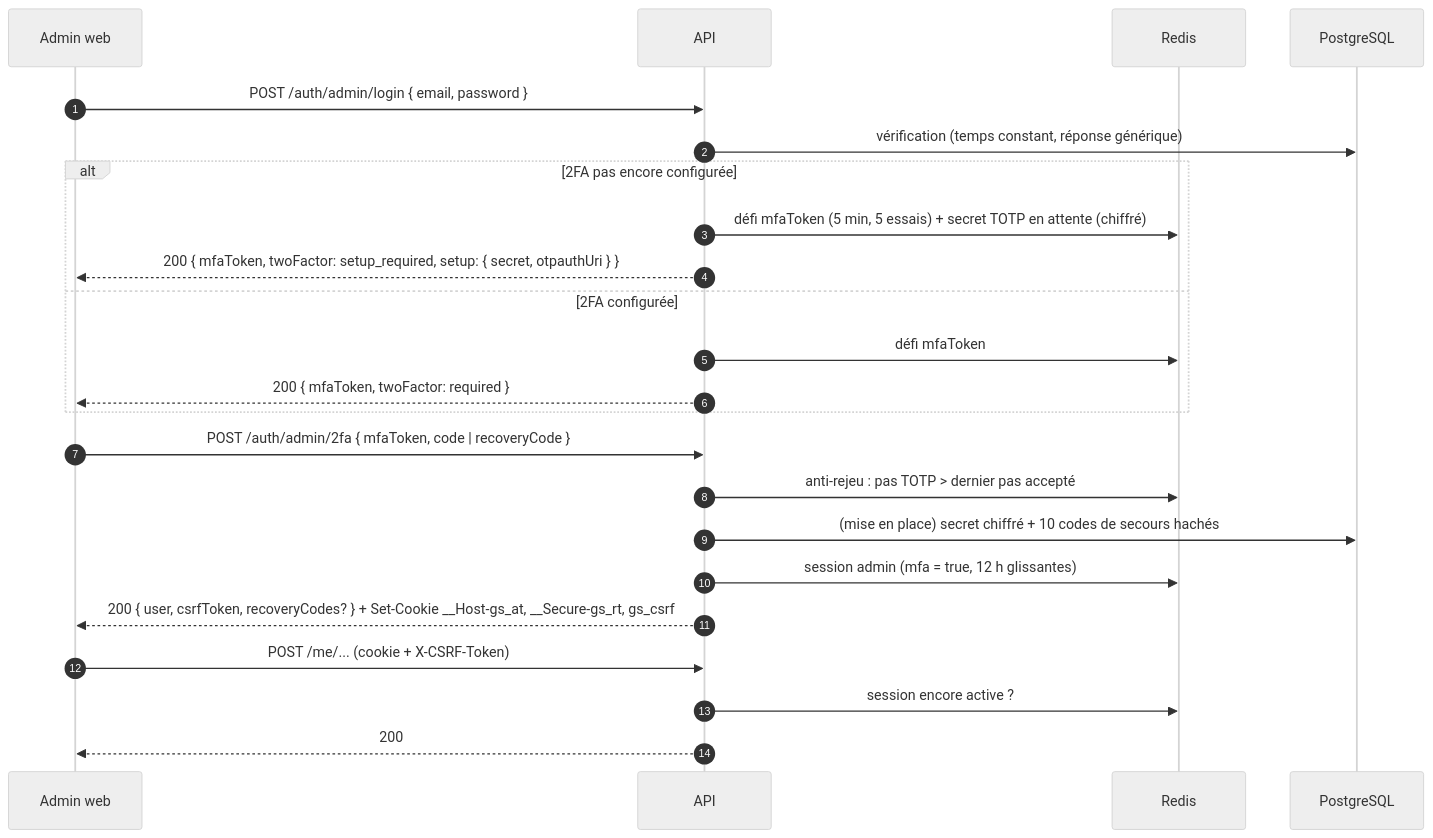
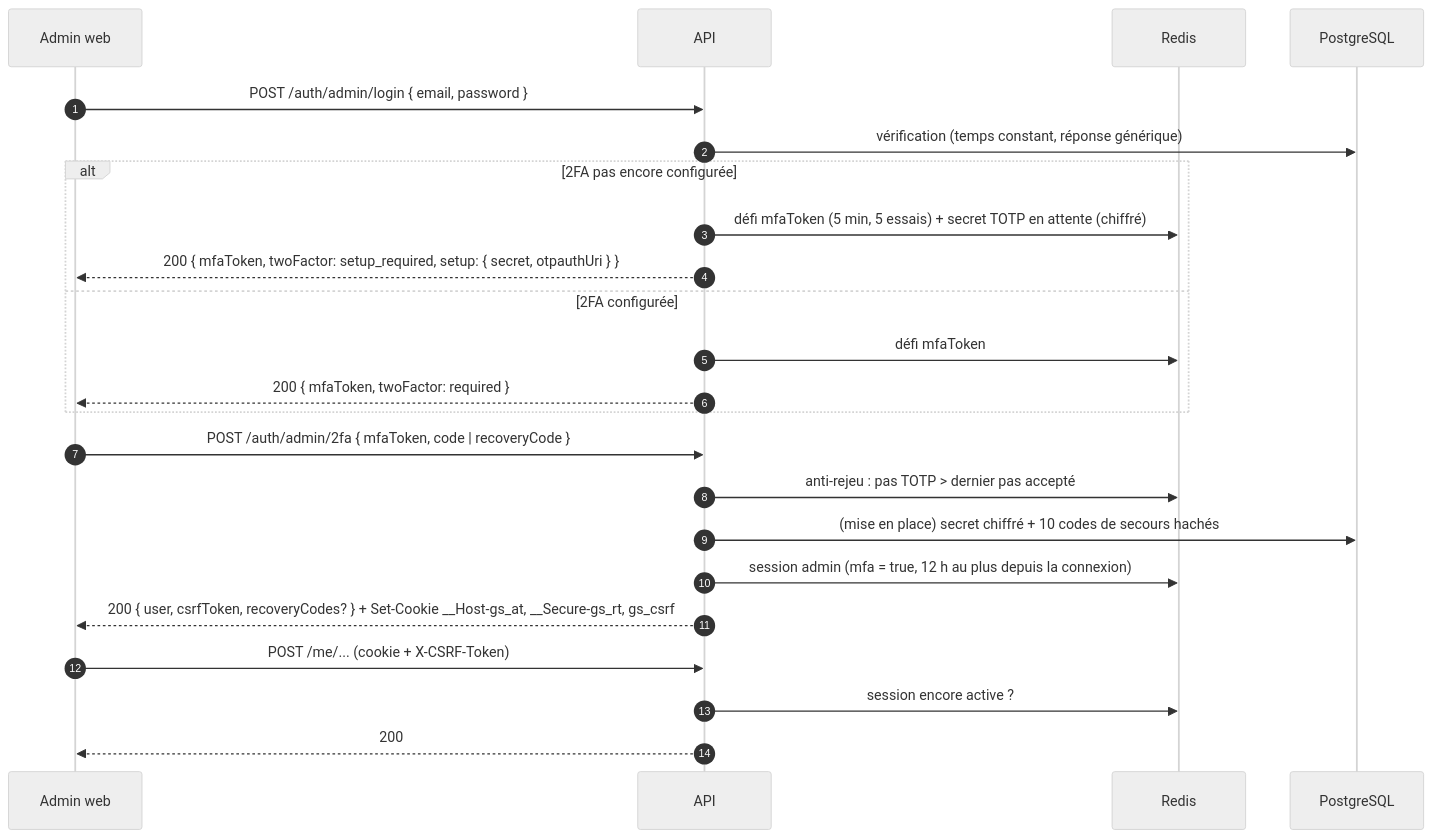
One commit to Hen17Ry/gostation changed the fifth of 5 diagrams in docs/ARCHITECTURE.md. Above: the diagram before and after it, drawn with Mermaid (neutral theme). The commit also changed other lines of this file and 5 other files, not shown here.

````diff
--- a/docs/ARCHITECTURE.md
+++ b/docs/ARCHITECTURE.md
@@ -1099,25 +1099,25 @@
 ```mermaid
 sequenceDiagram
   autonumber
   participant W as Admin web
   participant A as API
   participant R as Redis
   participant P as PostgreSQL
   W->>A: POST /auth/admin/login { email, password }
   A->>P: vérification (temps constant, réponse générique)
   alt 2FA pas encore configurée
     A->>R: défi mfaToken (5 min, 5 essais) + secret TOTP en attente (chiffré)
     A-->>W: 200 { mfaToken, twoFactor: setup_required, setup: { secret, otpauthUri } }
   else 2FA configurée
     A->>R: défi mfaToken
     A-->>W: 200 { mfaToken, twoFactor: required }
   end
   W->>A: POST /auth/admin/2fa { mfaToken, code | recoveryCode }
   A->>R: anti-rejeu : pas TOTP > dernier pas accepté
   A->>P: (mise en place) secret chiffré + 10 codes de secours hachés
-  A->>R: session admin (mfa = true, 12 h glissantes)
+  A->>R: session admin (mfa = true, 12 h au plus depuis la connexion)
   A-->>W: 200 { user, csrfToken, recoveryCodes? } + Set-Cookie __Host-gs_at, __Secure-gs_rt, gs_csrf
   W->>A: POST /me/... (cookie + X-CSRF-Token)
   A->>R: session encore active ?
   A-->>W: 200
 ```
````
